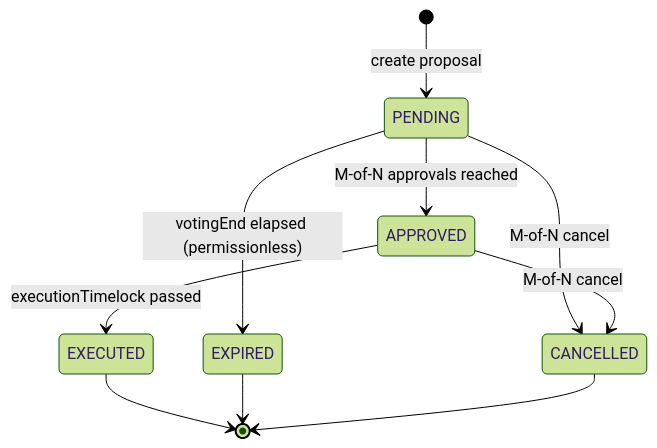
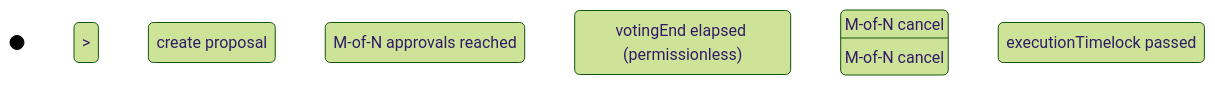
One commit to flowguardlabs/flow-guard changed the first of 2 diagrams in docs/concepts/governance.mdx. Above: the diagram before and after it, drawn with Mermaid (forest theme). The commit also changed other lines of this file and 46 other files, not shown here.

````diff
--- a/docs/concepts/governance.mdx
+++ b/docs/concepts/governance.mdx
@@ -11,12 +11,12 @@
 ```mermaid
 stateDiagram-v2
-    [*] --> PENDING : create proposal
-    PENDING --> APPROVED : M-of-N approvals reached
-    PENDING --> EXPIRED : votingEnd elapsed (permissionless)
-    PENDING --> CANCELLED : M-of-N cancel
-    APPROVED --> CANCELLED : M-of-N cancel
-    APPROVED --> EXECUTED : executionTimelock passed
-    EXECUTED --> [*]
-    EXPIRED --> [*]
-    CANCELLED --> [*]
+    [*] > PENDING : create proposal
+    PENDING > APPROVED : M-of-N approvals reached
+    PENDING > EXPIRED : votingEnd elapsed (permissionless)
+    PENDING > CANCELLED : M-of-N cancel
+    APPROVED > CANCELLED : M-of-N cancel
+    APPROVED > EXECUTED : executionTimelock passed
+    EXECUTED > [*]
+    EXPIRED > [*]
+    CANCELLED > [*]
 ```
````
